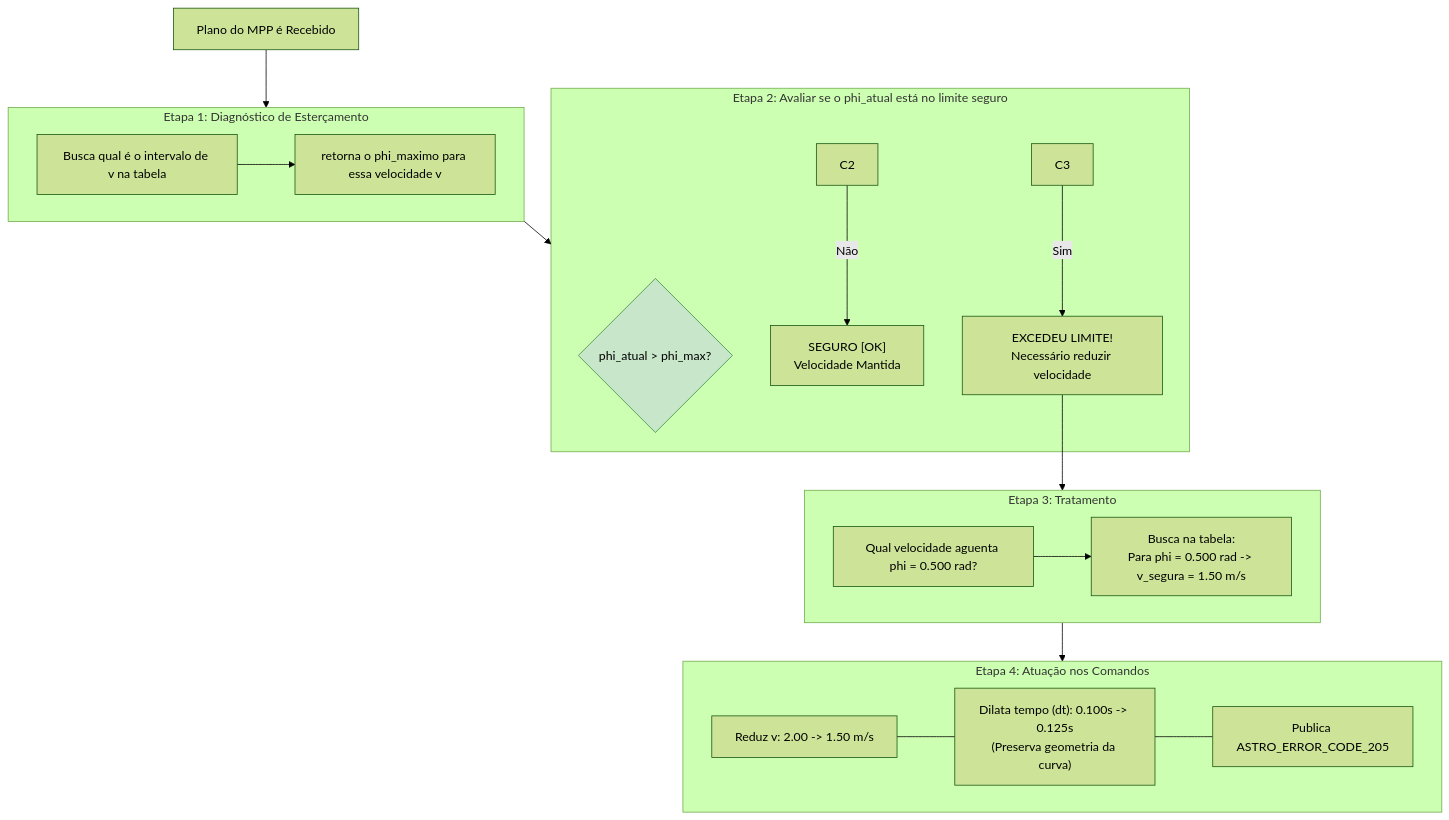
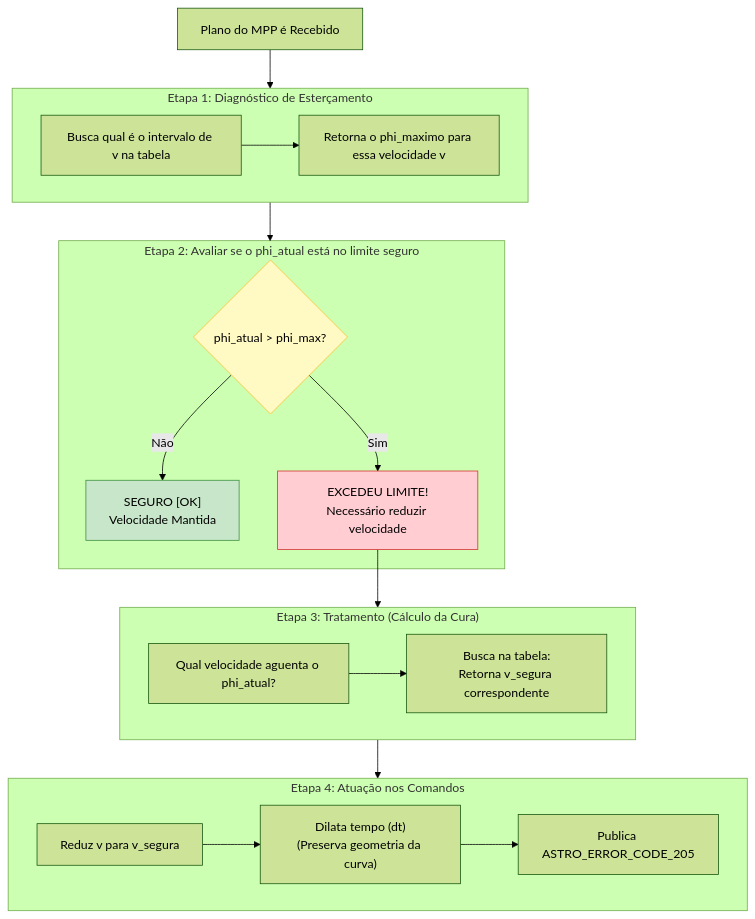
The second of 2 diagrams in README.md (BrenoCSilva/lume), drawn with Mermaid (forest theme) before and after one commit.

````diff
--- a/README.md
+++ b/README.md
@@ -58,34 +58,37 @@
 ```mermaid
 flowchart TD
-    CMD["Plano do MPP é Recebido<br>"] --> E1
+    CMD["Plano do MPP é Recebido"] --> E1
     
     subgraph E1 ["Etapa 1: Diagnóstico de Esterçamento"]
         D1["Busca qual é o intervalo de v na tabela"]
-        D1 --> D2["retorna o phi_maximo para essa velocidade v"]
+        D1 --> D2["Retorna o phi_maximo para essa velocidade v"]
     end
     
     E1 --> E2
     
     subgraph E2 ["Etapa 2: Avaliar se o phi_atual está no limite seguro"]
         C1{"phi_atual > phi_max?"}
-        C2 -->|Não| OK["SEGURO [OK]<br>Velocidade Mantida"]
-        C3 -->|Sim| ALERTA["EXCEDEU LIMITE!<br>Necessário reduzir velocidade"]
-        style C1 fill:#c8e6c9,stroke:#388e3c,color:#000
+        C1 -->|Não| OK["SEGURO [OK]<br>Velocidade Mantida"]
+        C1 -->|Sim| ALERTA["EXCEDEU LIMITE!<br>Necessário reduzir velocidade"]
     end
     
     ALERTA --> E3
     
-    subgraph E3 ["Etapa 3: Tratamento "]
-        T1["Qual velocidade aguenta phi = 0.500 rad?"]
-        T1 --> T2["Busca na tabela:<br>Para phi = 0.500 rad -> v_segura = 1.50 m/s"]
+    subgraph E3 ["Etapa 3: Tratamento (Cálculo da Cura)"]
+        T1["Qual velocidade aguenta o phi_atual?"]
+        T1 --> T2["Busca na tabela:<br>Retorna v_segura correspondente"]
     end
     
     E3 --> E4
     
     subgraph E4 ["Etapa 4: Atuação nos Comandos"]
-        A1["Reduz v: 2.00 -> 1.50 m/s"]
-        A2["Dilata tempo (dt): 0.100s -> 0.125s<br>(Preserva geometria da curva)"]
+        A1["Reduz v para v_segura"]
+        A2["Dilata tempo (dt)<br>(Preserva geometria da curva)"]
         A3["Publica ASTRO_ERROR_CODE_205"]
-        A1 --- A2 --- A3
+        A1 --> A2 --> A3
     end
+
+    style OK fill:#c8e6c9,stroke:#388e3c,color:#000
+    style ALERTA fill:#ffcdd2,stroke:#d32f2f,color:#000
+    style C1 fill:#fff9c4,stroke:#fbc02d,color:#000
 ```
````
